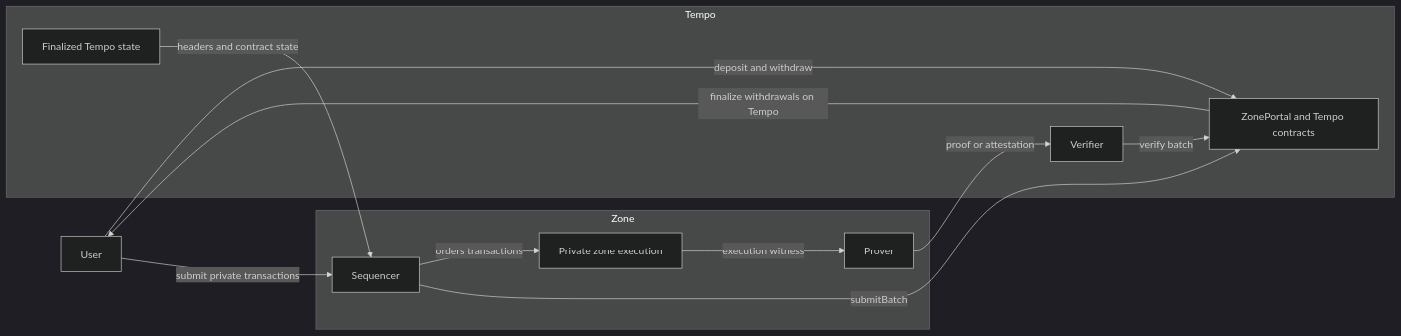
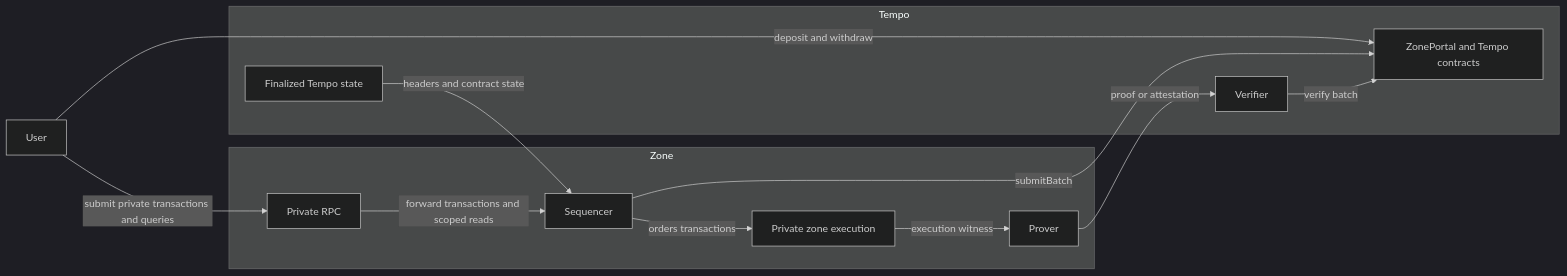
The first of 3 diagrams in docs/specs/privacy/overview.md (tempoxyz/zones), drawn with Mermaid (dark theme) before and after one commit. The commit also changed other lines of this file, not shown here.

Commit message:
docs: refine zones component diagram
Update the high-level system-components diagram to route user interactions through the private RPC and remove the misleading direct withdrawal arrow back to the user.

Made-with: Cursor

````diff
--- a/docs/specs/privacy/overview.md
+++ b/docs/specs/privacy/overview.md
@@ -40,26 +40,27 @@
 ```mermaid
 flowchart LR
     User["User"]
 
     subgraph Tempo["Tempo"]
         TempoStateSrc["Finalized Tempo state"]
         Portal["ZonePortal and Tempo contracts"]
         Verifier["Verifier"]
     end
 
     subgraph Zone["Zone"]
+        RPC["Private RPC"]
         Sequencer["Sequencer"]
         ZoneExec["Private zone execution"]
         Prover["Prover"]
     end
 
-    User -->|submit private transactions| Sequencer
+    User -->|submit private transactions and queries| RPC
     User -->|deposit and withdraw| Portal
+    RPC -->|forward transactions and scoped reads| Sequencer
     TempoStateSrc -->|headers and contract state| Sequencer
     Sequencer -->|orders transactions| ZoneExec
     ZoneExec -->|execution witness| Prover
     Sequencer -->|submitBatch| Portal
     Prover -->|proof or attestation| Verifier
     Verifier -->|verify batch| Portal
-    Portal -->|finalize withdrawals on Tempo| User
 ```
````
